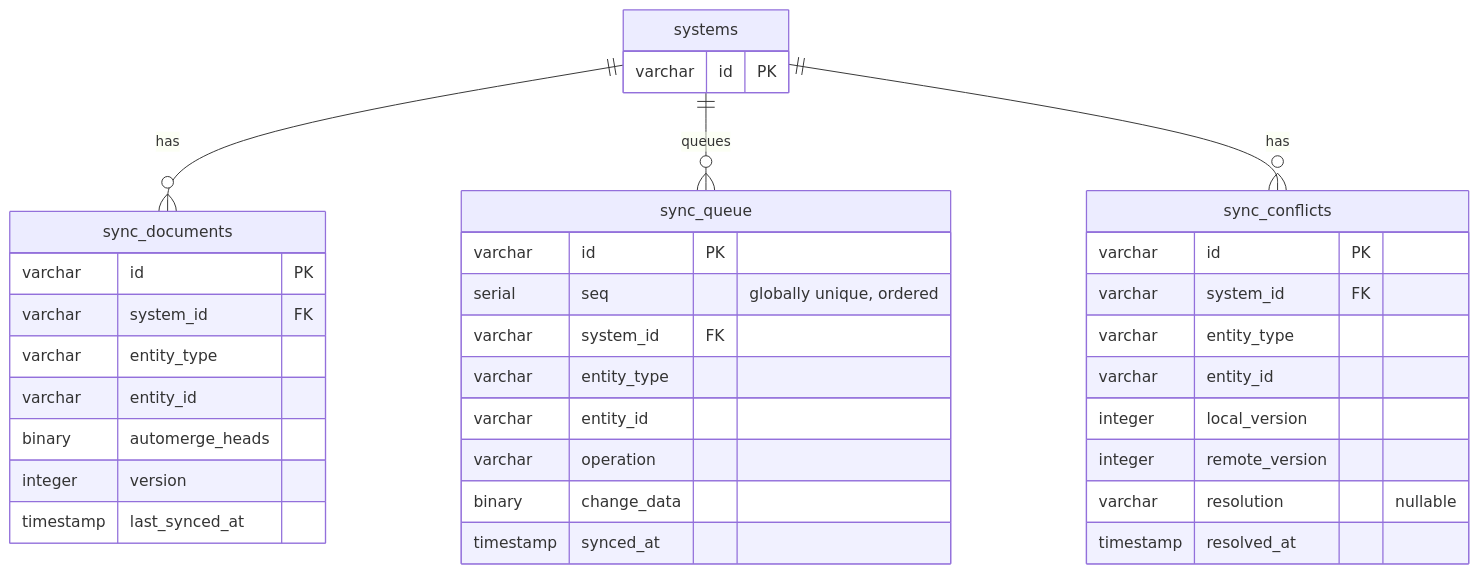
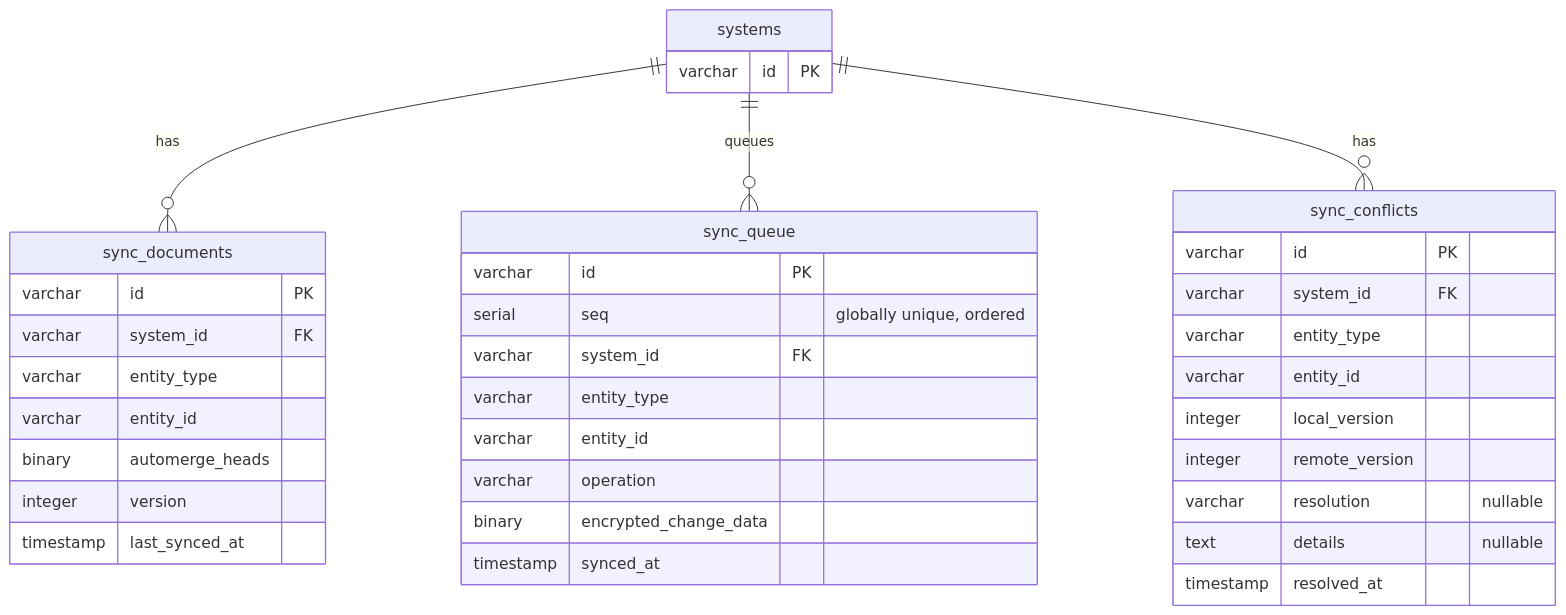
One commit to ThePrismSystem/pluralscape-mono changed diagram 12 of 20 in docs/database-schema.md. Above: the diagram before and after it, drawn with Mermaid. The commit also changed other lines of this file, not shown here.

Commit message:
docs(db): correct ER diagrams against actual PG schema

````diff
--- a/docs/database-schema.md
+++ b/docs/database-schema.md
@@ -672,42 +679,43 @@
 ```mermaid
 erDiagram
     systems {
         varchar id PK
     }
 
     sync_documents {
         varchar id PK
         varchar system_id FK
         varchar entity_type
         varchar entity_id
         binary automerge_heads
         integer version
         timestamp last_synced_at
     }
 
     sync_queue {
         varchar id PK
         serial seq "globally unique, ordered"
         varchar system_id FK
         varchar entity_type
         varchar entity_id
         varchar operation
-        binary change_data
+        binary encrypted_change_data
         timestamp synced_at
     }
 
     sync_conflicts {
         varchar id PK
         varchar system_id FK
         varchar entity_type
         varchar entity_id
         integer local_version
         integer remote_version
         varchar resolution "nullable"
+        text details "nullable"
         timestamp resolved_at
     }
 
     systems ||--o{ sync_documents : "has"
     systems ||--o{ sync_queue : "queues"
     systems ||--o{ sync_conflicts : "has"
 ```
````
